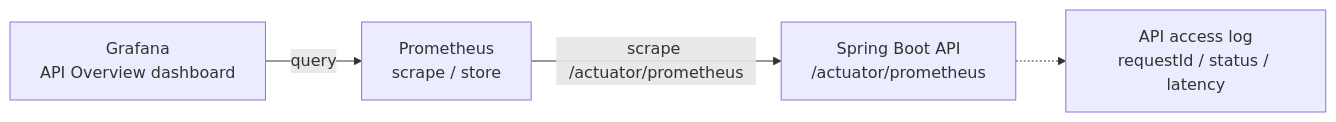
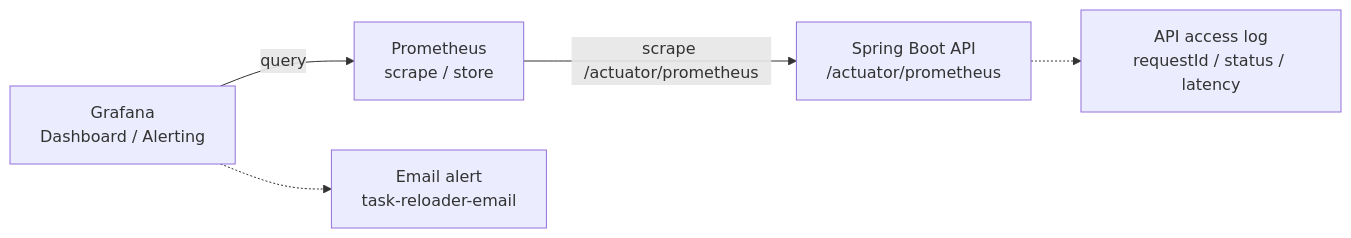
Before and after one commit to dawnpoems/task-reloader: the third of 3 diagrams in docs/architecture.md, drawn with Mermaid. The commit also changed other lines of this file and 2 other files, not shown here.

Commit message:
docs : Grafana Alerting 운영 검증 루틴과 아키텍처 문서를 보강함.

````diff
--- a/docs/architecture.md
+++ b/docs/architecture.md
@@ -110,6 +110,7 @@
 ```mermaid
 flowchart LR
     prometheus["Prometheus<br/>scrape / store"] -->|scrape /actuator/prometheus| api["Spring Boot API<br/>/actuator/prometheus"]
-    grafana["Grafana<br/>API Overview dashboard"] -->|query| prometheus
+    grafana["Grafana<br/>Dashboard / Alerting"] -->|query| prometheus
+    grafana -.-> alertEmail["Email alert<br/>task-reloader-email"]
     api -.-> logs["API access log<br/>requestId / status / latency"]
 ```
````
